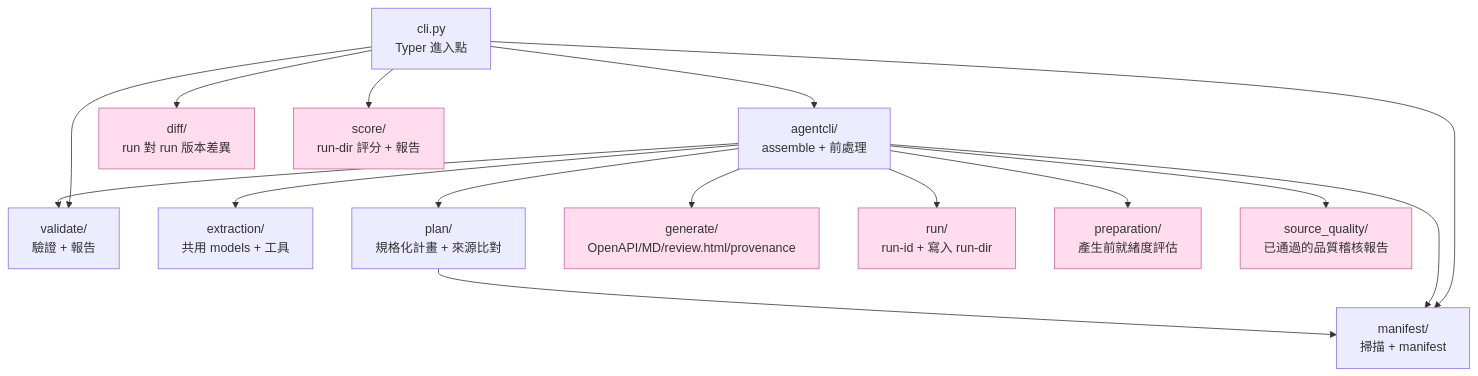
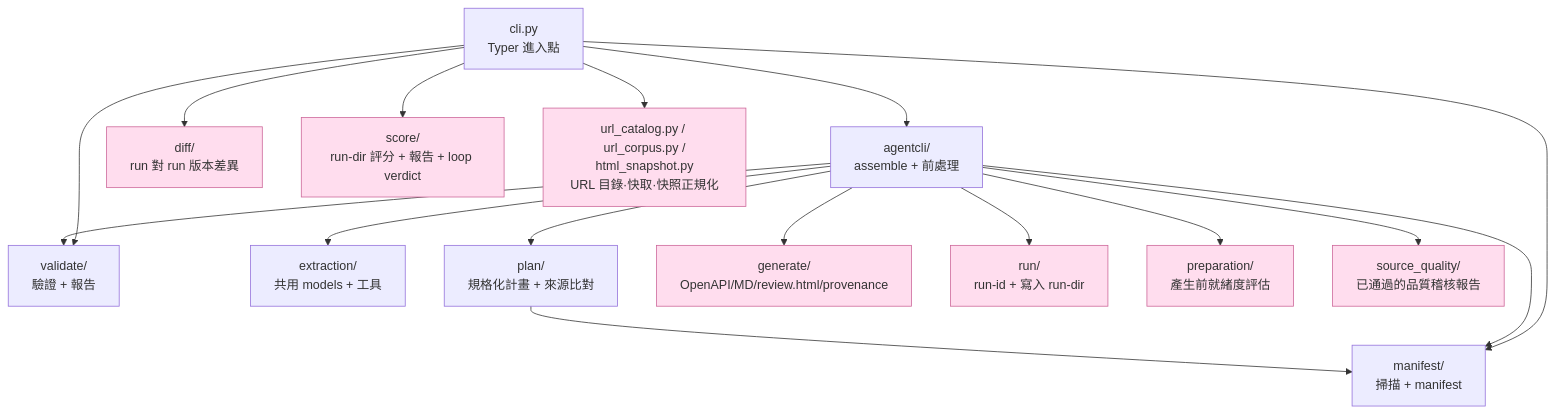
The second of 2 diagrams in docs/ARCHITECTURE.md (CarlLee1983/loop-apidoc), drawn with Mermaid before and after one commit. The commit also changed other lines of this file and 13 other files, not shown here.

````diff
--- a/docs/ARCHITECTURE.md
+++ b/docs/ARCHITECTURE.md
@@ -53,24 +63,25 @@
 ```mermaid
 flowchart TD
     cli[cli.py<br/>Typer 進入點]
 
     cli --> manifest[manifest/<br/>掃描 + manifest]
     cli --> agentcli[agentcli/<br/>assemble + 前處理]
     cli --> validate[validate/<br/>驗證 + 報告]
     cli --> diff[diff/<br/>run 對 run 版本差異]
-    cli --> score[score/<br/>run-dir 評分 + 報告]
+    cli --> score[score/<br/>run-dir 評分 + 報告 + loop verdict]
+    cli --> urltools[url_catalog.py / url_corpus.py /<br/>html_snapshot.py<br/>URL 目錄·快取·快照正規化]
 
     agentcli --> manifest
     agentcli --> extraction[extraction/<br/>共用 models + 工具]
     agentcli --> plan[plan/<br/>規格化計畫 + 來源比對]
     agentcli --> generate[generate/<br/>OpenAPI/MD/review.html/provenance]
     agentcli --> validate
     agentcli --> run[run/<br/>run-id + 寫入 run-dir]
     agentcli --> preparation[preparation/<br/>產生前就緒度評估]
     agentcli --> sourcequality[source_quality/<br/>已通過的品質稽核報告]
 
     plan --> manifest
 
     classDef io fill:#fde,stroke:#c69
-    class generate,run,diff,score,preparation,sourcequality io
+    class generate,run,diff,score,preparation,sourcequality,urltools io
 ```
````
